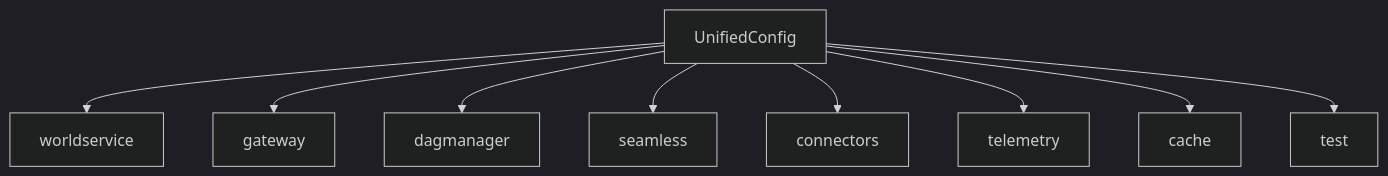
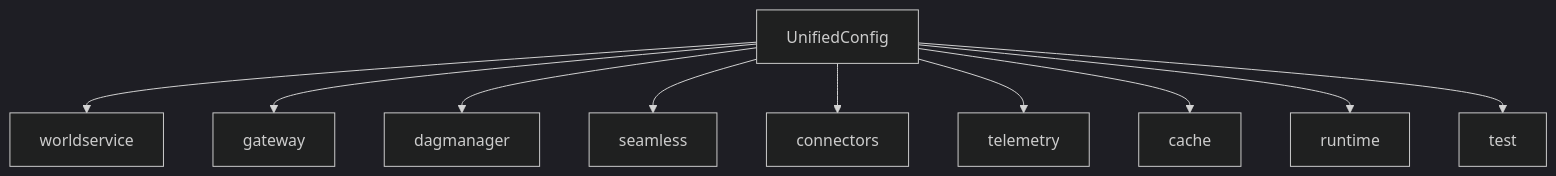
Before and after one commit to hyophyop/qmtl: the diagram in docs/reference/configuration.md, drawn with Mermaid (dark theme). The commit also changed other lines of this file and 35 other files, not shown here.

````diff
--- a/docs/reference/configuration.md
+++ b/docs/reference/configuration.md
@@ -8,12 +8,13 @@
 ```mermaid
 flowchart TB
     root[UnifiedConfig]
     root --> worldservice
     root --> gateway
     root --> dagmanager
     root --> seamless
     root --> connectors
     root --> telemetry
     root --> cache
+    root --> runtime
     root --> test
 ```
````
